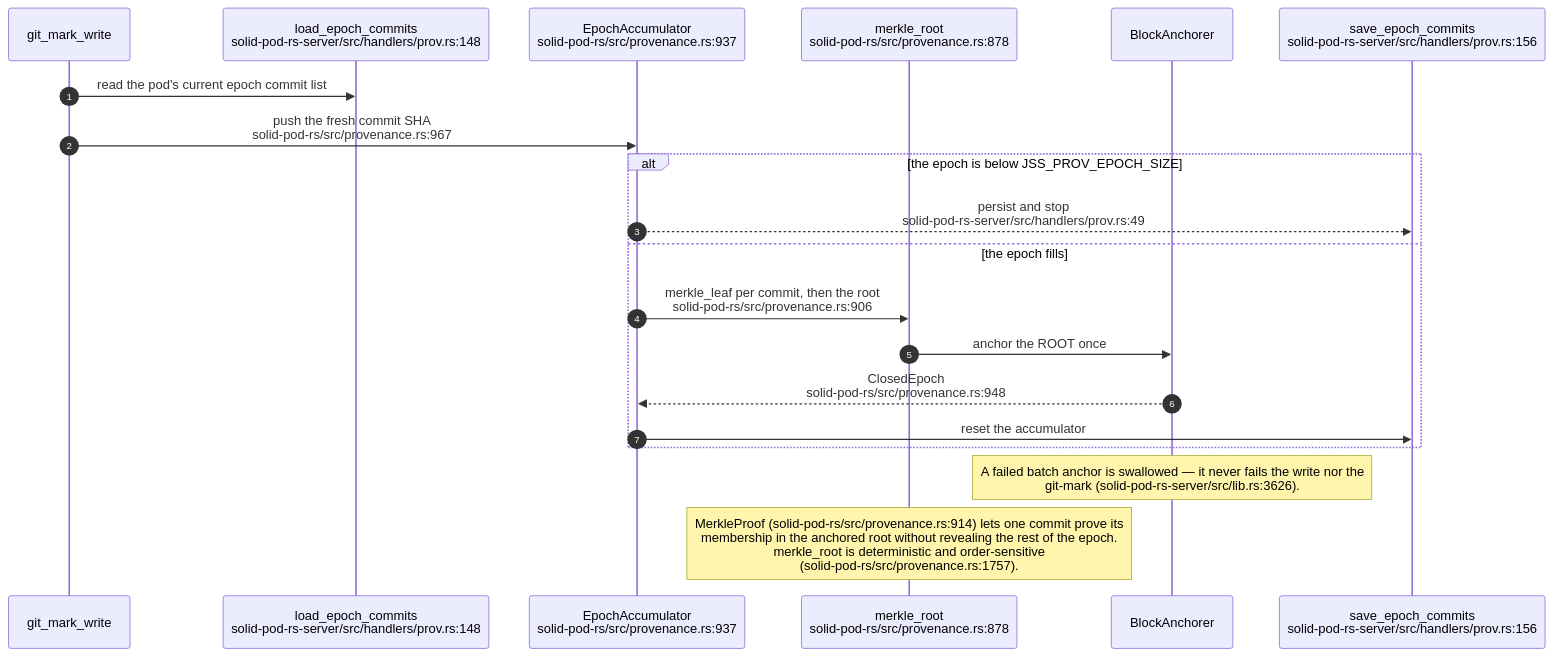
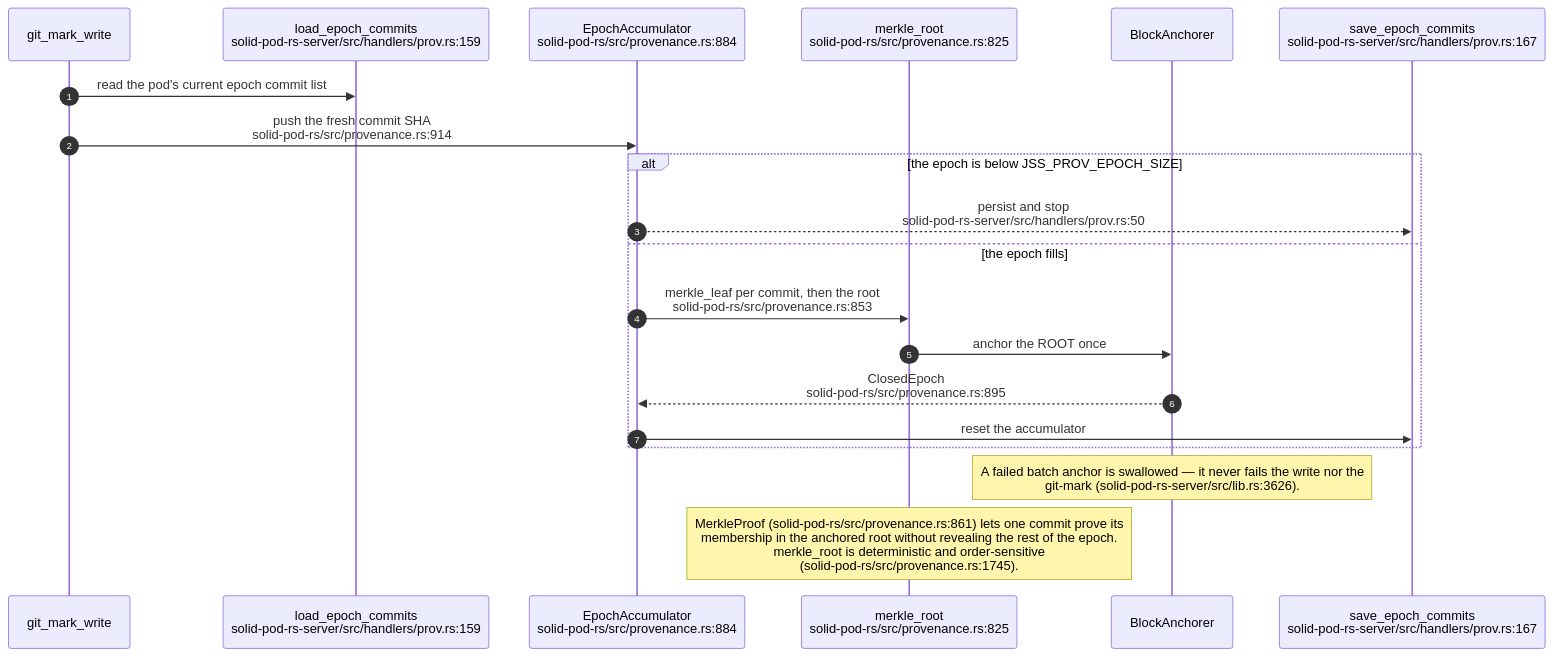
The seventh of 19 diagrams in docs/diagrams/solid-pod-rs/07-provenance-and-payments.md (DreamLab-AI/VisionFlow), drawn with Mermaid before and after one commit. The commit also changed other lines of this file and 26 other files, not shown here.

First line of the commit message:
docs(diagrams): re-verify solid-pod-rs, nostr-rust-forum and visionclaw 22/36 against HEAD

````diff
--- a/docs/diagrams/solid-pod-rs/07-provenance-and-payments.md
+++ b/docs/diagrams/solid-pod-rs/07-provenance-and-payments.md
@@ -205,23 +216,23 @@
 ```mermaid
 sequenceDiagram
     autonumber
     participant G as git_mark_write
-    participant L as load_epoch_commits<br/>solid-pod-rs-server/src/handlers/prov.rs:148
-    participant A as EpochAccumulator<br/>solid-pod-rs/src/provenance.rs:937
-    participant M as merkle_root<br/>solid-pod-rs/src/provenance.rs:878
+    participant L as load_epoch_commits<br/>solid-pod-rs-server/src/handlers/prov.rs:159
+    participant A as EpochAccumulator<br/>solid-pod-rs/src/provenance.rs:884
+    participant M as merkle_root<br/>solid-pod-rs/src/provenance.rs:825
     participant AN as BlockAnchorer
-    participant S as save_epoch_commits<br/>solid-pod-rs-server/src/handlers/prov.rs:156
+    participant S as save_epoch_commits<br/>solid-pod-rs-server/src/handlers/prov.rs:167
 
     G->>L: read the pod's current epoch commit list
-    G->>A: push the fresh commit SHA<br/>solid-pod-rs/src/provenance.rs:967
+    G->>A: push the fresh commit SHA<br/>solid-pod-rs/src/provenance.rs:914
     alt the epoch is below JSS_PROV_EPOCH_SIZE
-        A-->>S: persist and stop<br/>solid-pod-rs-server/src/handlers/prov.rs:49
+        A-->>S: persist and stop<br/>solid-pod-rs-server/src/handlers/prov.rs:50
     else the epoch fills
-        A->>M: merkle_leaf per commit, then the root<br/>solid-pod-rs/src/provenance.rs:906
+        A->>M: merkle_leaf per commit, then the root<br/>solid-pod-rs/src/provenance.rs:853
         M->>AN: anchor the ROOT once
-        AN-->>A: ClosedEpoch<br/>solid-pod-rs/src/provenance.rs:948
+        AN-->>A: ClosedEpoch<br/>solid-pod-rs/src/provenance.rs:895
         A->>S: reset the accumulator
     end
     Note over AN: A failed batch anchor is swallowed — it never fails the write nor the<br/>git-mark (solid-pod-rs-server/src/lib.rs:3626).
-    Note over M: MerkleProof (solid-pod-rs/src/provenance.rs:914) lets one commit prove its<br/>membership in the anchored root without revealing the rest of the epoch.<br/>merkle_root is deterministic and order-sensitive<br/>(solid-pod-rs/src/provenance.rs:1757).
+    Note over M: MerkleProof (solid-pod-rs/src/provenance.rs:861) lets one commit prove its<br/>membership in the anchored root without revealing the rest of the epoch.<br/>merkle_root is deterministic and order-sensitive<br/>(solid-pod-rs/src/provenance.rs:1745).
 ```
````
